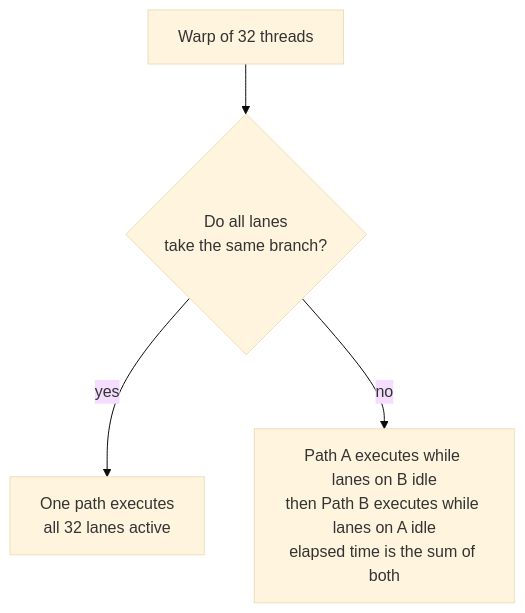
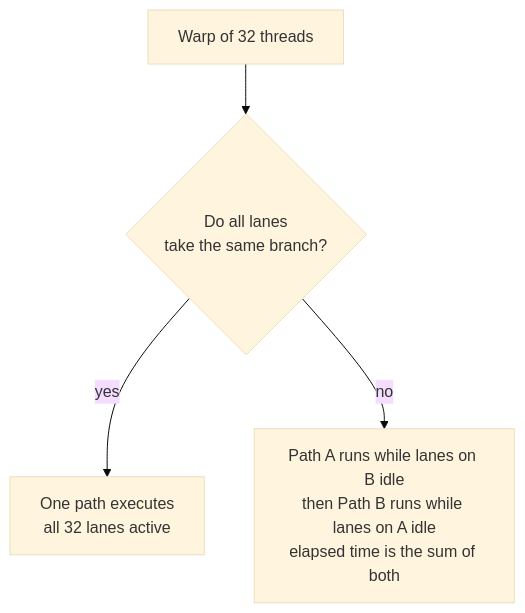
Before and after one commit to arpanpathak/cracking-the-systems-programming-interview: the first of 6 diagrams in systems_design/01-gpu-execution-model.md, drawn with Mermaid (base theme). The commit also changed other lines of this file and 5 other files, not shown here.

````diff
--- a/systems_design/01-gpu-execution-model.md
+++ b/systems_design/01-gpu-execution-model.md
@@ -41,6 +33,6 @@
 ```mermaid
 flowchart TB
     W["Warp of 32 threads"] --> Q{"Do all lanes<br/>take the same branch?"}
     Q -->|"yes"| S["One path executes<br/>all 32 lanes active"]
-    Q -->|"no"| D["Path A executes while lanes on B idle<br/>then Path B executes while lanes on A idle<br/>elapsed time is the sum of both"]
+    Q -->|"no"| D["Path A runs while lanes on B idle<br/>then Path B runs while lanes on A idle<br/>elapsed time is the sum of both"]
 ```
````
